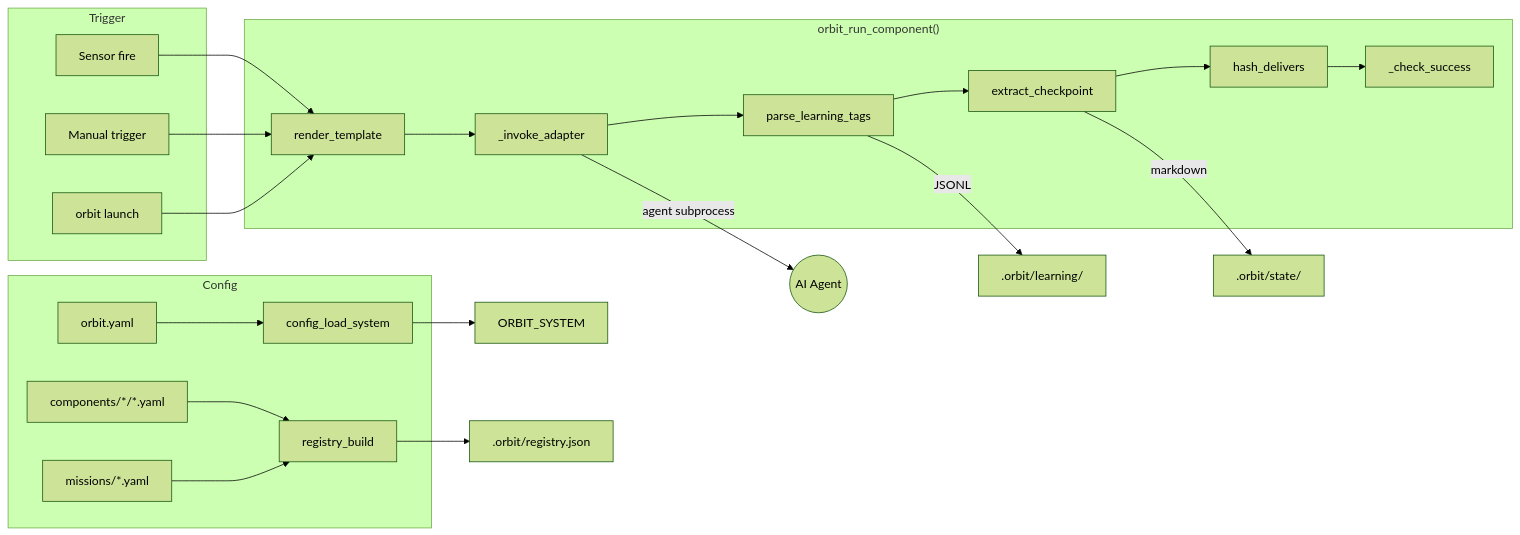
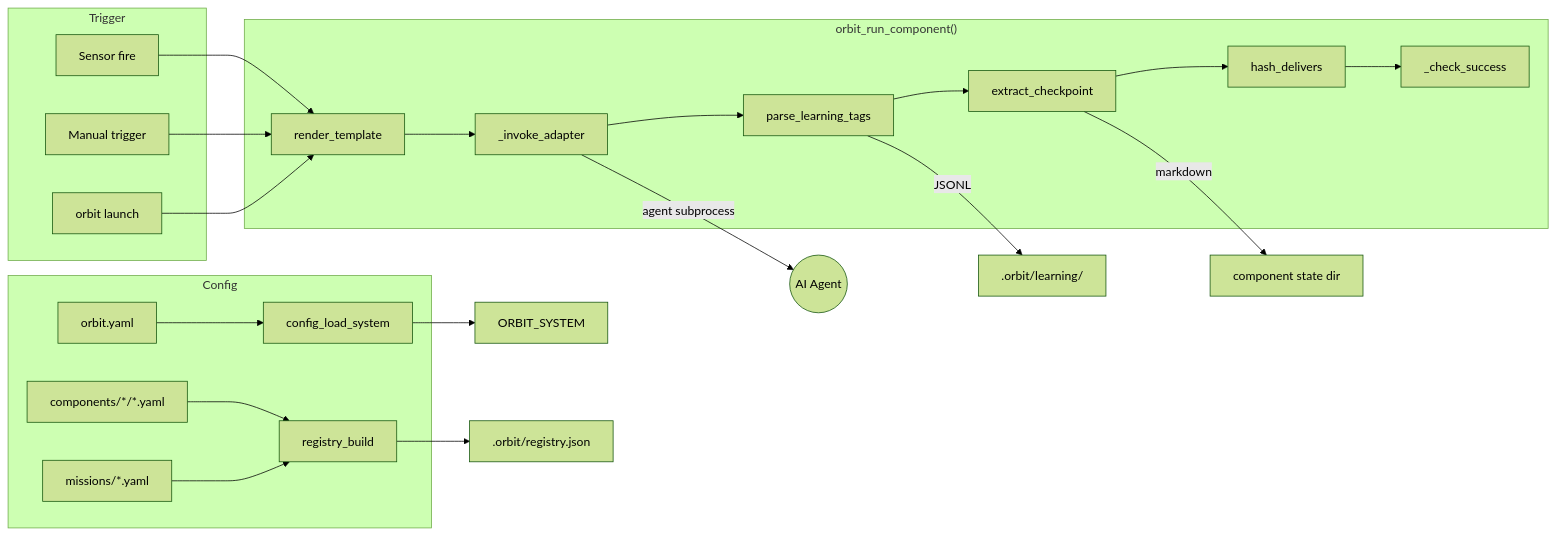
One commit to Modal-Vector/Orbit-Rover changed the second of 5 diagrams in docs/architecture.md. Above: the diagram before and after it, drawn with Mermaid (forest theme). The commit also changed 5 other files, not shown here.

````diff
--- a/docs/architecture.md
+++ b/docs/architecture.md
@@ -70,33 +70,33 @@
 ```mermaid
 flowchart LR
     subgraph Config
         OY[orbit.yaml] --> CLS[config_load_system]
         CY[components/*/*.yaml] --> RB[registry_build]
         MY[missions/*.yaml] --> RB
     end
 
     CLS --> SYS[ORBIT_SYSTEM]
     RB --> REG[.orbit/registry.json]
 
     subgraph Trigger
         SENSOR[Sensor fire]
         MANUAL[Manual trigger]
         LAUNCH[orbit launch]
     end
 
     SENSOR --> ORC
     MANUAL --> ORC
     LAUNCH --> ORC
 
     subgraph Orbit["orbit_run_component()"]
         ORC[render_template] --> ADAPT[_invoke_adapter]
         ADAPT --> LEARN[parse_learning_tags]
         LEARN --> CKPT[extract_checkpoint]
         CKPT --> HASH[hash_delivers]
         HASH --> SUCC[_check_success]
     end
 
     ADAPT --> |agent subprocess| AGENT((AI Agent))
     LEARN --> |JSONL| STORE[.orbit/learning/]
-    CKPT --> |markdown| STATE[.orbit/state/]
+    CKPT --> |markdown| STATE[component state dir]
 ```
````
